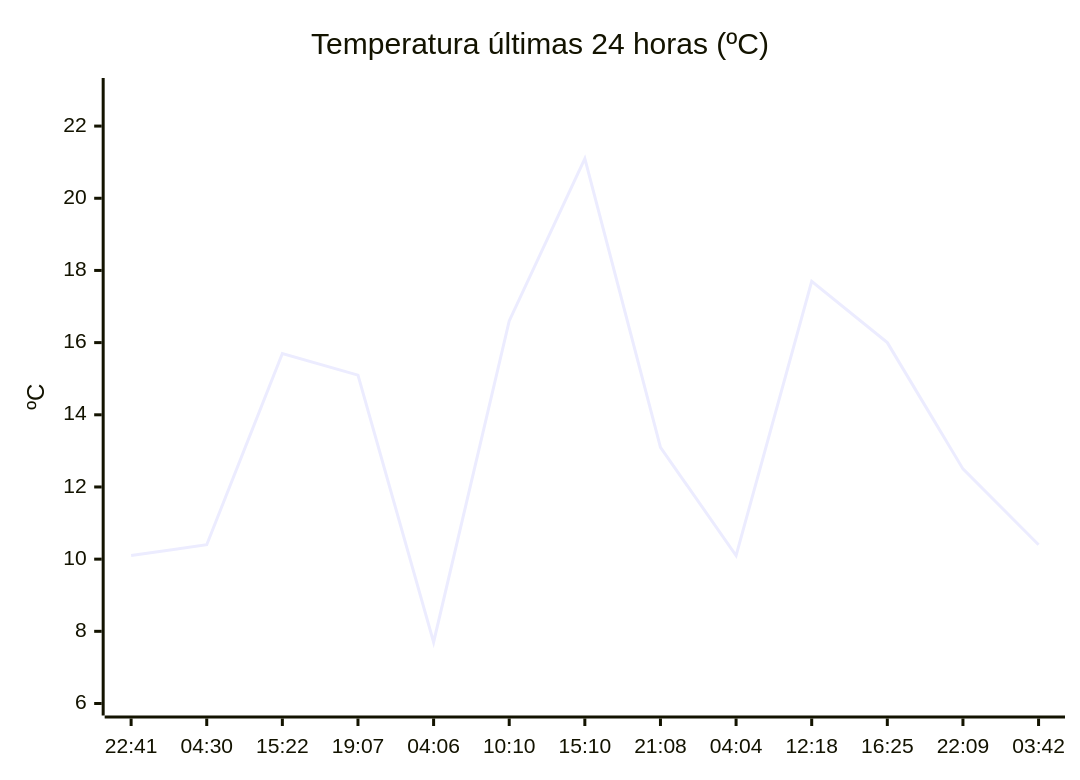
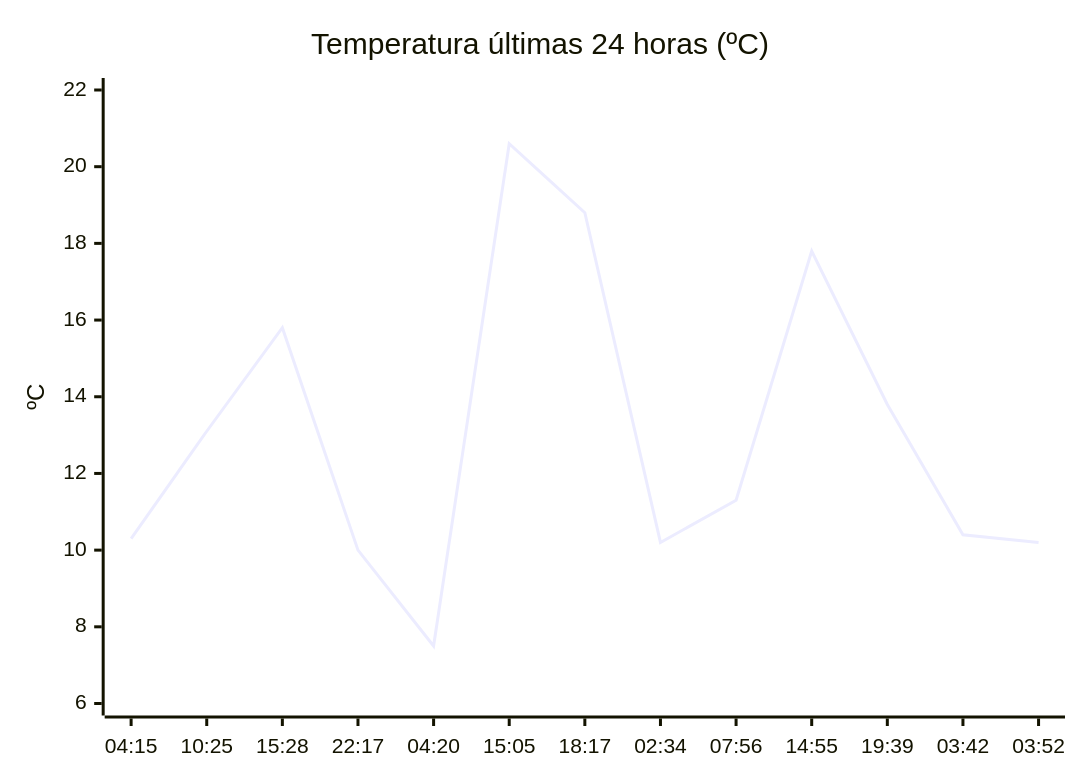
The diagram in README.md (solidsnk86/rem-scrap), drawn with Mermaid before and after one commit. The commit also changed other lines of this file, not shown here.

````diff
--- a/README.md
+++ b/README.md
@@ -36,7 +28,7 @@
 ```mermaid
 xychart-beta
     title "Temperatura últimas 24 horas (ºC)"
-    x-axis ["22:41", "04:30", "15:22", "19:07", "04:06", "10:10", "15:10", "21:08", "04:04", "12:18", "16:25", "22:09", "03:42"]
-    y-axis "ºC" 6 --> 23
-    line [10.1, 10.4, 15.7, 15.1, 7.7, 16.6, 21.1, 13.1, 10.1, 17.7, 16, 12.5, 10.4]
+    x-axis ["04:15", "10:25", "15:28", "22:17", "04:20", "15:05", "18:17", "02:34", "07:56", "14:55", "19:39", "03:42", "03:52"]
+    y-axis "ºC" 6 --> 22
+    line [10.3, 13.1, 15.8, 10, 7.5, 20.6, 18.8, 10.2, 11.3, 17.8, 13.8, 10.4, 10.2]
 ```
````
